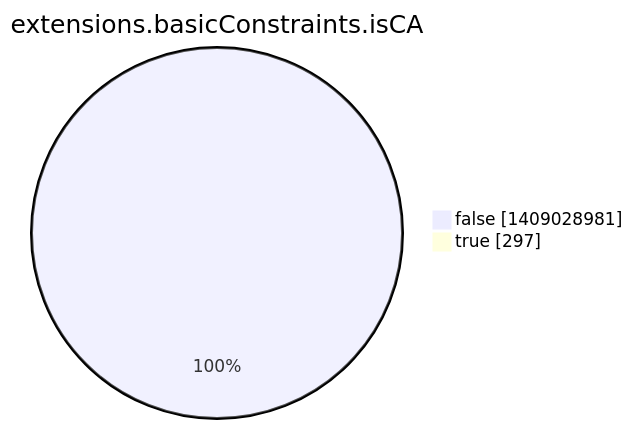
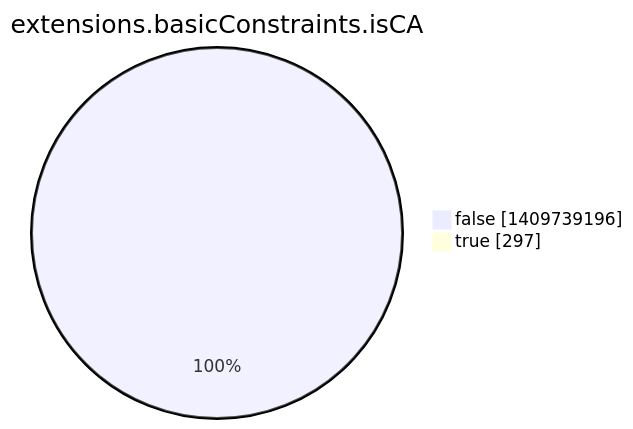
The eighth of 15 diagrams in argon2022/README.md (christiankrug/ctmonitor_visualization), drawn with Mermaid before and after one commit. The commit also changed other lines of this file, not shown here.

````diff
--- a/argon2022/README.md
+++ b/argon2022/README.md
@@ -2760,6 +2760,6 @@
 ```mermaid
 pie showData
 title extensions.basicConstraints.isCA
-"false" :1409028981
+"false" :1409739196
 "true" :297
 ```
````
